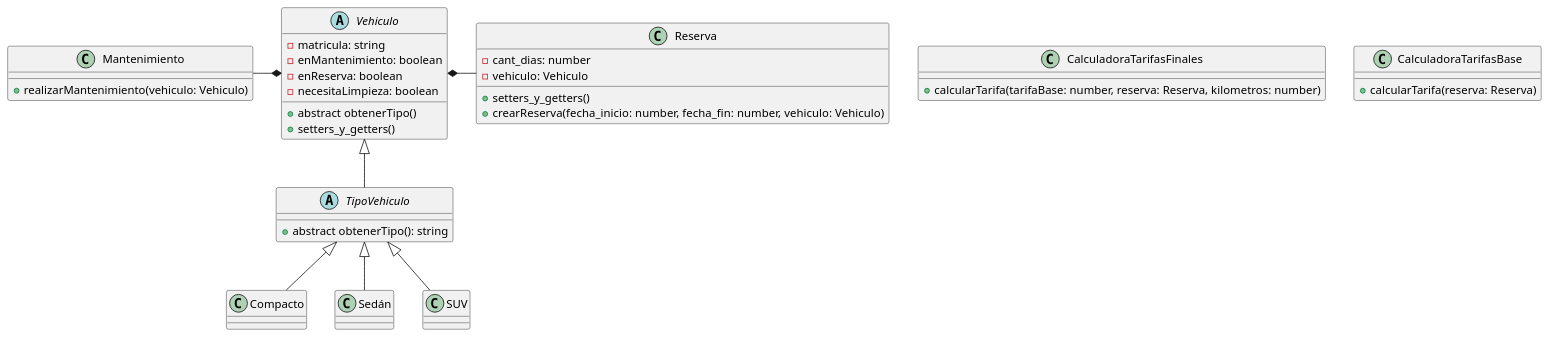
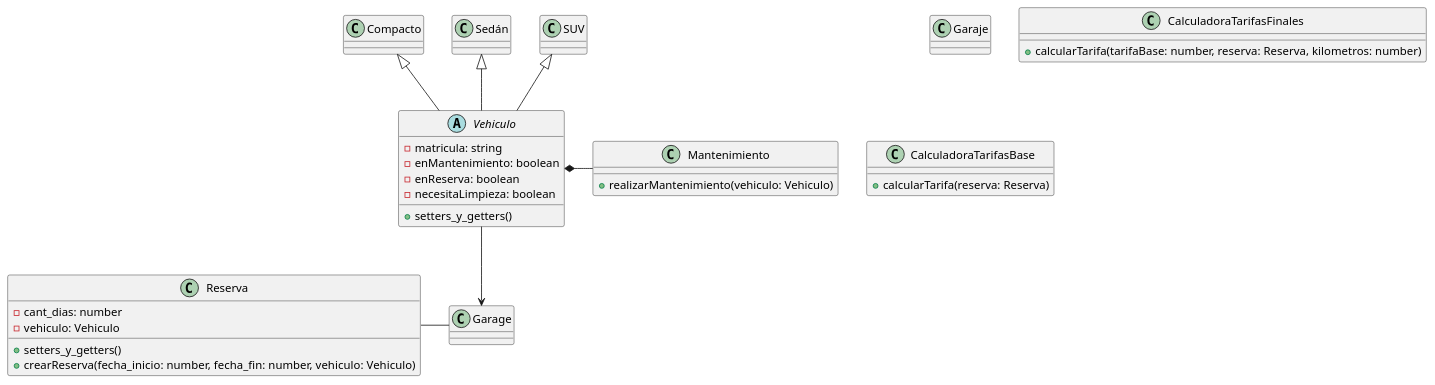
The diagram in diagramas/clases.puml (AlejoSuarez-37/Trabajo-Practico-Grupo16), drawn with PlantUML before and after one commit.

Commit message:
startuml

```diff
--- a/diagramas/clases.puml
+++ b/diagramas/clases.puml
@@ -1,56 +1,57 @@
 @startuml Diagrama de clases
 
 abstract class Vehiculo {
     - matricula: string
     - enMantenimiento: boolean
     - enReserva: boolean
     - necesitaLimpieza: boolean
 
-    + abstract obtenerTipo()
     + setters_y_getters()
+}
+
+class Garaje {
+
 }
 
 class CalculadoraTarifasFinales {
     + calcularTarifa(tarifaBase: number, reserva: Reserva, kilometros: number)
 }
 
 class CalculadoraTarifasBase {
     + calcularTarifa(reserva: Reserva)
 }
 
 class Reserva {
     - cant_dias: number
     - vehiculo: Vehiculo
 
     + setters_y_getters()
     + crearReserva(fecha_inicio: number, fecha_fin: number, vehiculo: Vehiculo)
 }
 
 class Mantenimiento {
     + realizarMantenimiento(vehiculo: Vehiculo)
 }
 
-abstract class TipoVehiculo {
-    + abstract obtenerTipo(): string
-}
 class Compacto {
 
 }
 class Sedán {
 
 }
 class SUV {
 
 }
 
 ' Relaciones
 
-Vehiculo *-l- Mantenimiento
-Vehiculo *-r- Reserva
-Vehiculo <|-d- TipoVehiculo
+Vehiculo *-r- Mantenimiento
+Reserva -r- Garage
+Garage <-u- Vehiculo
 
-TipoVehiculo <|-- Compacto
-TipoVehiculo <|-- Sedán
-TipoVehiculo <|-- SUV
+Compacto <|-d- Vehiculo
+Sedán <|-d- Vehiculo
+SUV <|-d- Vehiculo
+
 
 @enduml
```
